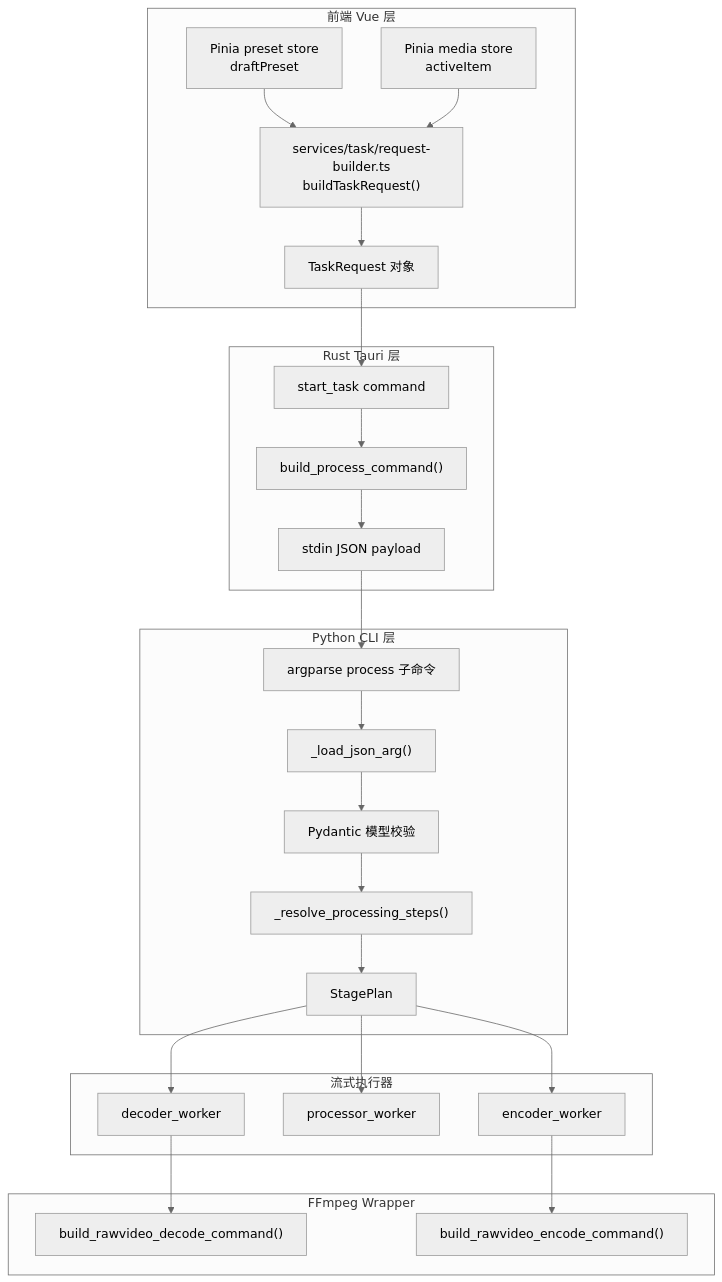
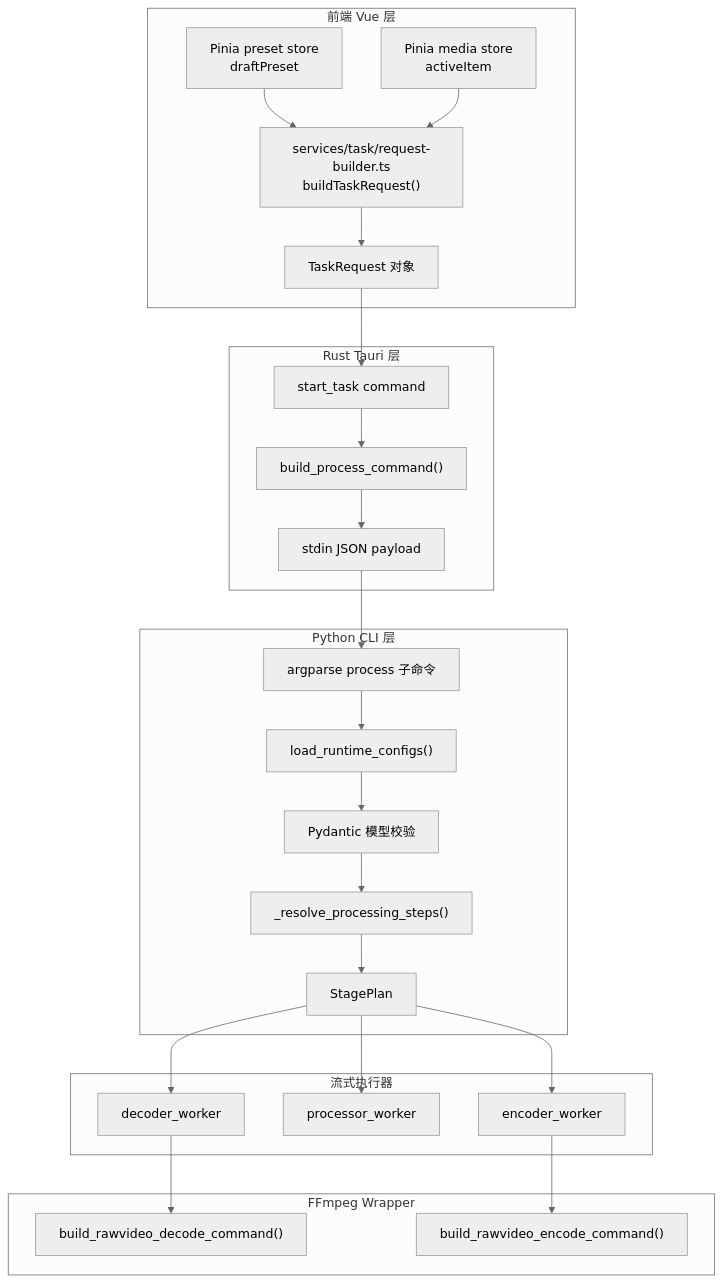
Before and after one commit to youge325/vp: the first of 4 diagrams in docs/06-data-flow.md, drawn with Mermaid (neutral theme). The commit also changed 7 other files, not shown here.

````diff
--- a/docs/06-data-flow.md
+++ b/docs/06-data-flow.md
@@ -7,51 +7,51 @@
 ```mermaid
 graph TD
     subgraph FE["前端 Vue 层"]
         F1["Pinia preset store<br/>draftPreset"]
         F2["Pinia media store<br/>activeItem"]
         F3["services/task/request-builder.ts<br/>buildTaskRequest()"]
         F4["TaskRequest 对象"]
     end
 
     subgraph RS["Rust Tauri 层"]
         R1["start_task command"]
         R2["build_process_command()"]
         R3["stdin JSON payload"]
     end
 
     subgraph PY["Python CLI 层"]
         P1["argparse process 子命令"]
-        P2["_load_json_arg()"]
+        P2["load_runtime_configs()"]
         P3["Pydantic 模型校验"]
         P4["_resolve_processing_steps()"]
         P5["StagePlan"]
     end
 
     subgraph EX["流式执行器"]
         E1["decoder_worker"]
         E2["processor_worker"]
         E3["encoder_worker"]
     end
 
     subgraph FF["FFmpeg Wrapper"]
         FFD["build_rawvideo_decode_command()"]
         FFE["build_rawvideo_encode_command()"]
     end
 
     F1 --> F3
     F2 --> F3
     F3 --> F4
     F4 --> R1
     R1 --> R2
     R2 --> R3
     R3 --> P1
     P1 --> P2
     P2 --> P3
     P3 --> P4
     P4 --> P5
     P5 --> E1
     P5 --> E2
     P5 --> E3
     E1 --> FFD
     E3 --> FFE
 ```
````
